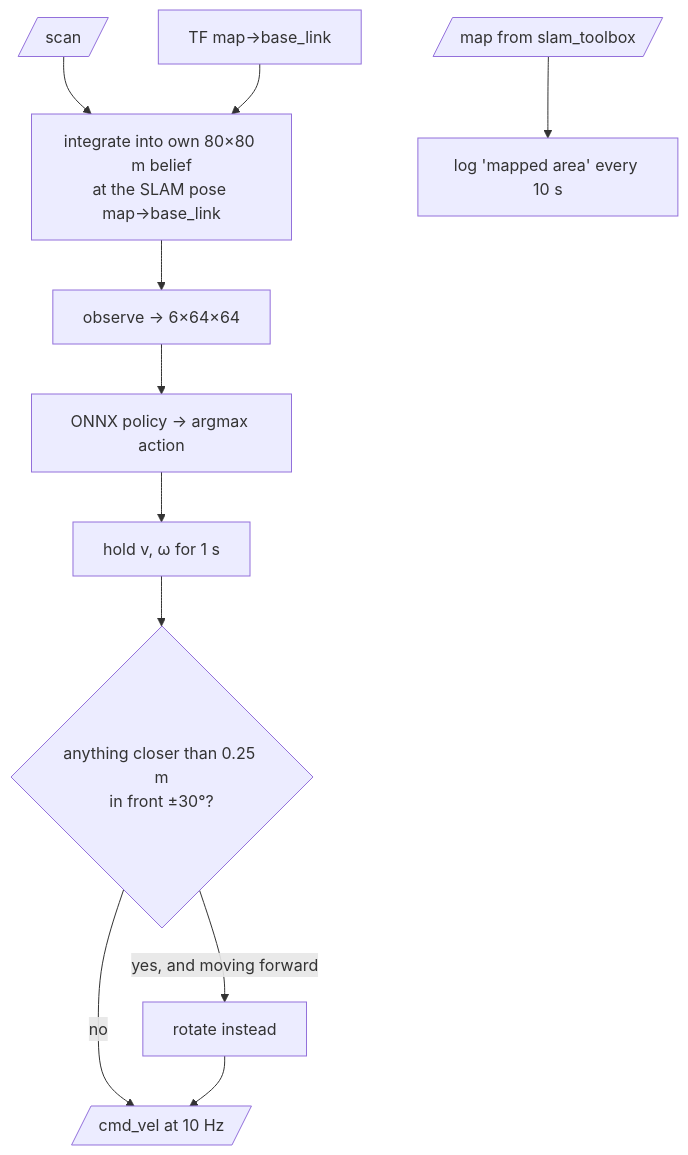
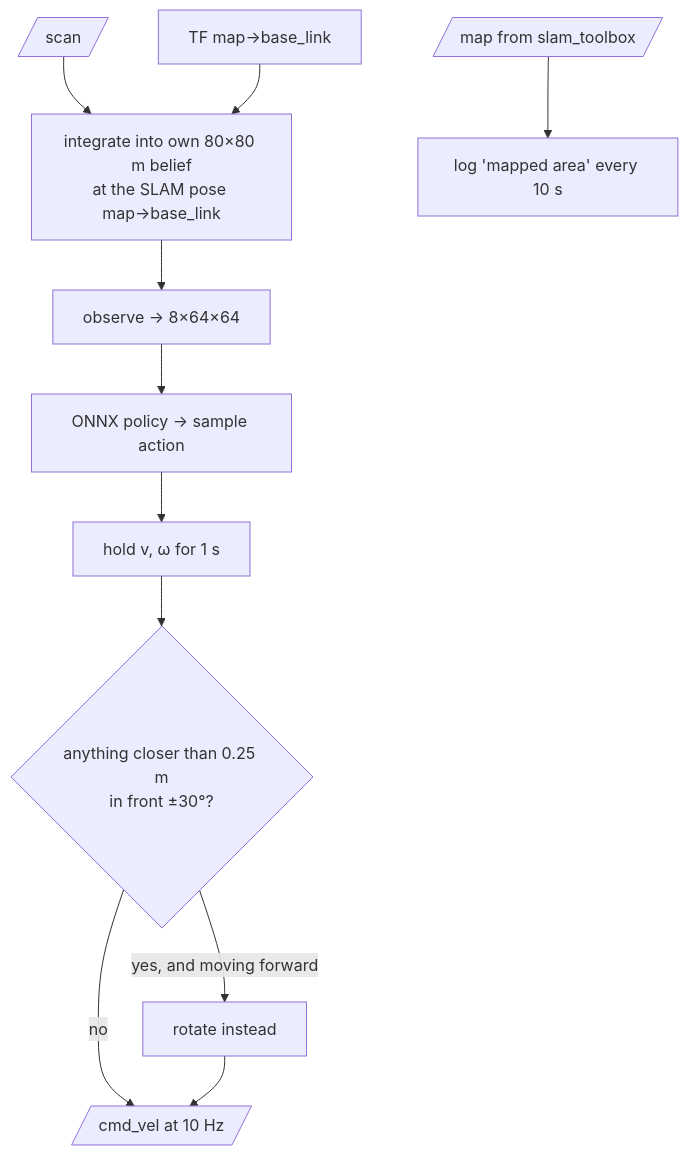
The second of 2 diagrams in README.md (Spathneja21/RL_Area_Mapping), drawn with Mermaid before and after one commit. The commit also changed other lines of this file and 8 other files, not shown here.

````diff
--- a/README.md
+++ b/README.md
@@ -118,13 +124,13 @@
 ```mermaid
 flowchart TB
     S[/scan/] --> I[integrate into own 80×80 m belief<br/>at the SLAM pose map→base_link]
     T[TF map→base_link] --> I
-    I --> O[observe → 6×64×64]
-    O --> P[ONNX policy → argmax action]
+    I --> O[observe → 8×64×64]
+    O --> P[ONNX policy → sample action]
     P --> C[hold v, ω for 1 s]
     C --> G{anything closer than 0.25 m<br/>in front ±30°?}
     G -- yes, and moving forward --> R[rotate instead]
     G -- no --> V[/cmd_vel at 10 Hz/]
     R --> V
     M[/map from slam_toolbox/] --> L[log 'mapped area' every 10 s]
 ```
````
